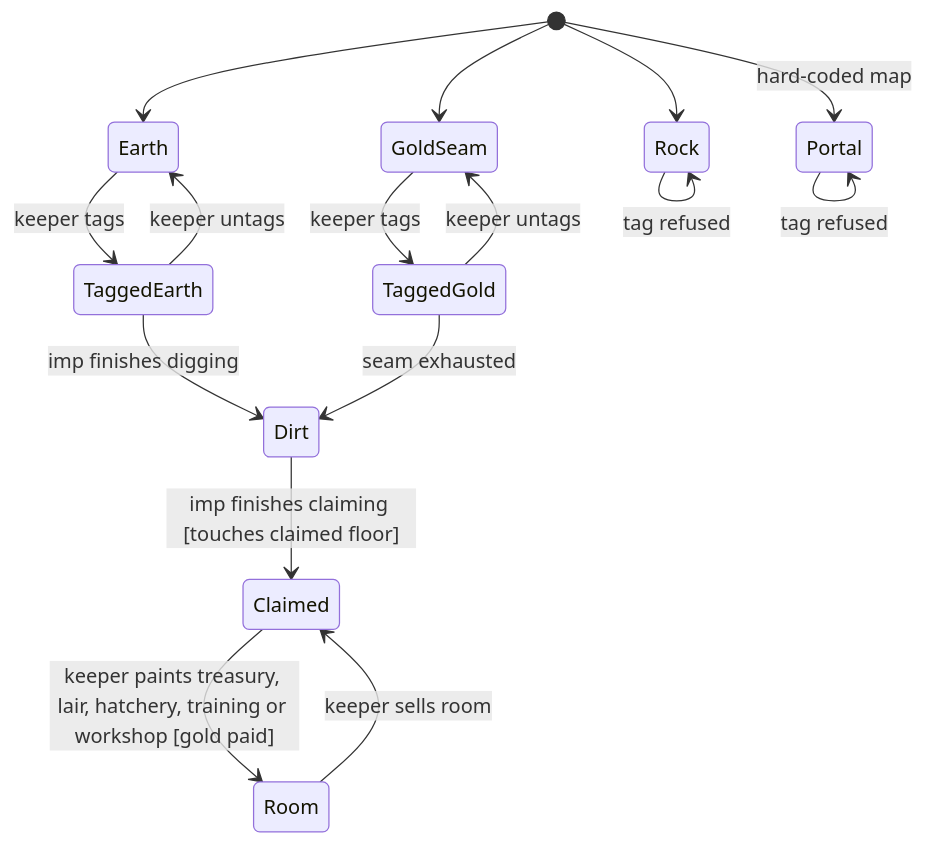
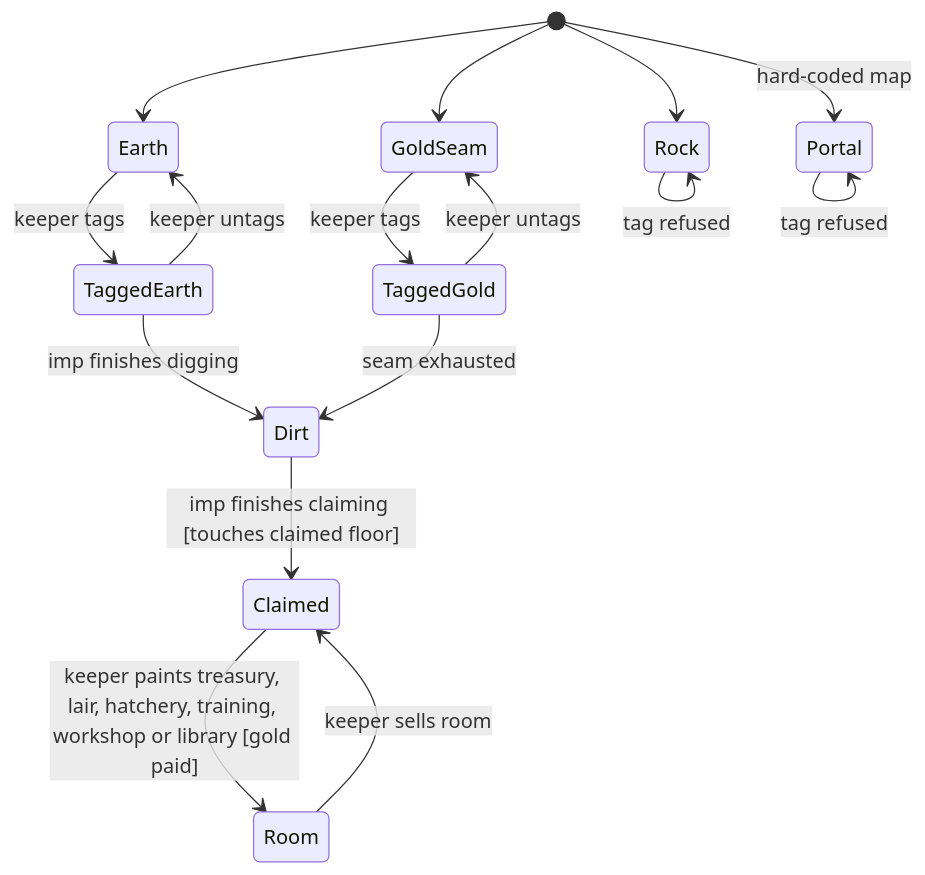
The third of 8 diagrams in docs/design.md (jmporchet/keeper), drawn with Mermaid before and after one commit. The commit also changed other lines of this file and 31 other files, not shown here.

First line of the commit message:
Library room: passive training-speed aura

````diff
--- a/docs/design.md
+++ b/docs/design.md
@@ -145,18 +145,18 @@
 ```mermaid
 stateDiagram-v2
     [*] --> Earth
     [*] --> GoldSeam
     [*] --> Rock
     [*] --> Portal: hard-coded map
     Earth --> TaggedEarth: keeper tags
     TaggedEarth --> Earth: keeper untags
     TaggedEarth --> Dirt: imp finishes digging
     GoldSeam --> TaggedGold: keeper tags
     TaggedGold --> GoldSeam: keeper untags
     TaggedGold --> Dirt: seam exhausted
     Dirt --> Claimed: imp finishes claiming [touches claimed floor]
-    Claimed --> Room: keeper paints treasury, lair, hatchery, training or workshop [gold paid]
+    Claimed --> Room: keeper paints treasury, lair, hatchery, training, workshop or library [gold paid]
     Room --> Claimed: keeper sells room
     Rock --> Rock: tag refused
     Portal --> Portal: tag refused
 ```
````
